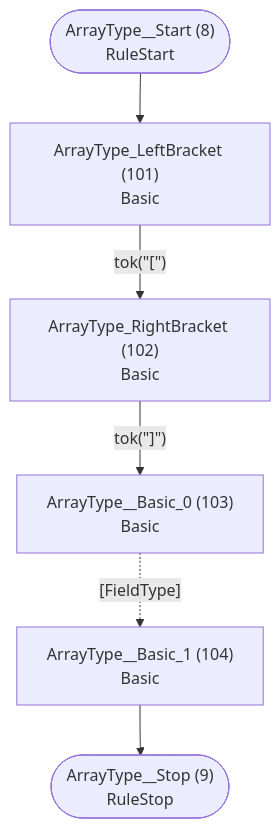
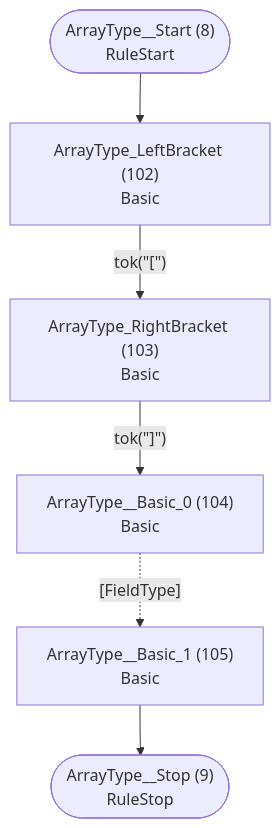
Before and after one commit to TypeFox/fastbelt: the fifth of 26 diagrams in internal/grammar/atn.md, drawn with Mermaid. The commit also changed other lines of this file and 53 other files, not shown here.

````diff
--- a/internal/grammar/atn.md
+++ b/internal/grammar/atn.md
@@ -154,15 +156,15 @@
 ```mermaid
 flowchart TD
     q8(["ArrayType__Start (8)<br/>RuleStart"])
     q9(["ArrayType__Stop (9)<br/>RuleStop"])
-    q101["ArrayType_LeftBracket (101)<br/>Basic<br/>"]
-    q102["ArrayType_RightBracket (102)<br/>Basic<br/>"]
-    q103["ArrayType__Basic_0 (103)<br/>Basic<br/>"]
-    q104["ArrayType__Basic_1 (104)<br/>Basic<br/>"]
+    q102["ArrayType_LeftBracket (102)<br/>Basic<br/>"]
+    q103["ArrayType_RightBracket (103)<br/>Basic<br/>"]
+    q104["ArrayType__Basic_0 (104)<br/>Basic<br/>"]
+    q105["ArrayType__Basic_1 (105)<br/>Basic<br/>"]
 
-    q8 --> q101
-    q101 -->|"tok(&quot;[&quot;)"| q102
-    q102 -->|"tok(&quot;]&quot;)"| q103
-    q103 -.->|"[FieldType]"| q104
-    q104 --> q9
+    q8 --> q102
+    q102 -->|"tok(&quot;[&quot;)"| q103
+    q103 -->|"tok(&quot;]&quot;)"| q104
+    q104 -.->|"[FieldType]"| q105
+    q105 --> q9
 ```
````
